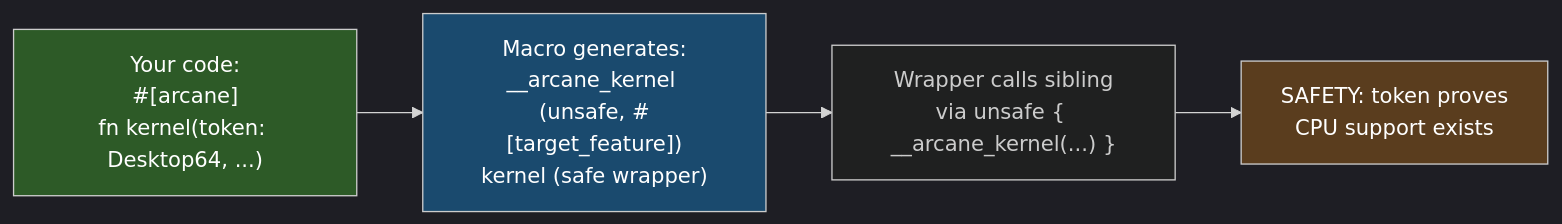
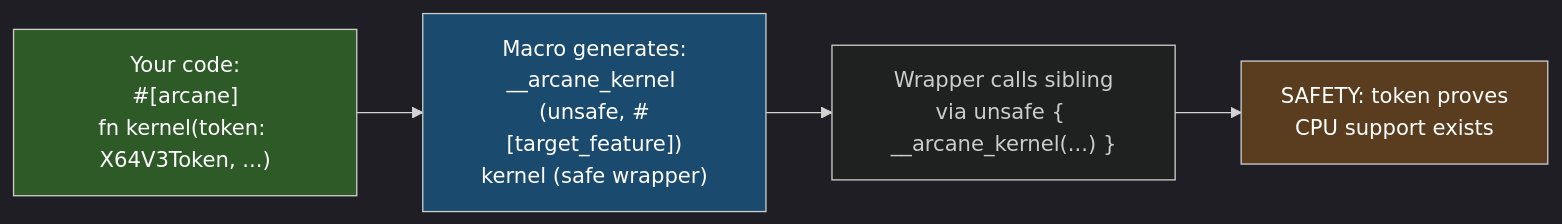
The first of 2 diagrams in docs/book/src/concepts/arcane.md (imazen/archmage), drawn with Mermaid before and after one commit. The commit also changed other lines of this file and 68 other files, not shown here.

````diff
--- a/docs/book/src/concepts/arcane.md
+++ b/docs/book/src/concepts/arcane.md
@@ -13,11 +13,11 @@
 ```mermaid
 %%{init: { 'theme': 'dark' }}%%
 flowchart LR
-    A["Your code:<br/>#[arcane]<br/>fn kernel(token: Desktop64, ...)"] --> B["Macro generates:<br/>__arcane_kernel (unsafe, #[target_feature])<br/>kernel (safe wrapper)"]
+    A["Your code:<br/>#[arcane]<br/>fn kernel(token: X64V3Token, ...)"] --> B["Macro generates:<br/>__arcane_kernel (unsafe, #[target_feature])<br/>kernel (safe wrapper)"]
     B --> C["Wrapper calls sibling<br/>via unsafe { __arcane_kernel(...) }"]
     C --> D["SAFETY: token proves<br/>CPU support exists"]
 
     style A fill:#2d5a27,color:#fff
     style B fill:#1a4a6e,color:#fff
     style D fill:#5a3d1e,color:#fff
 ```
````
